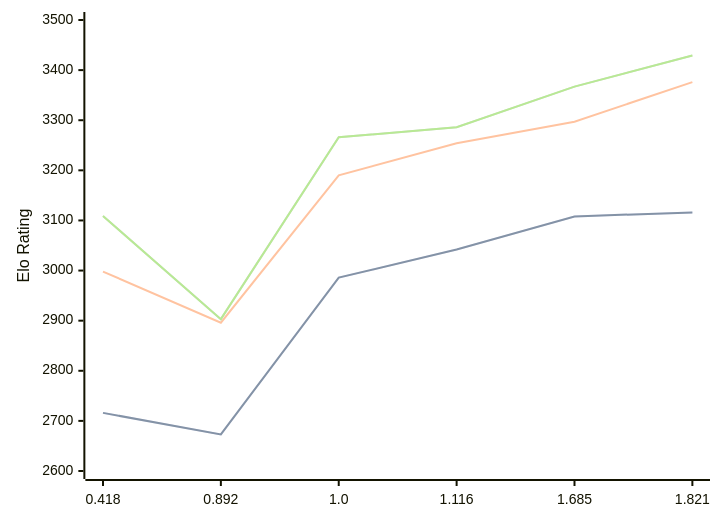
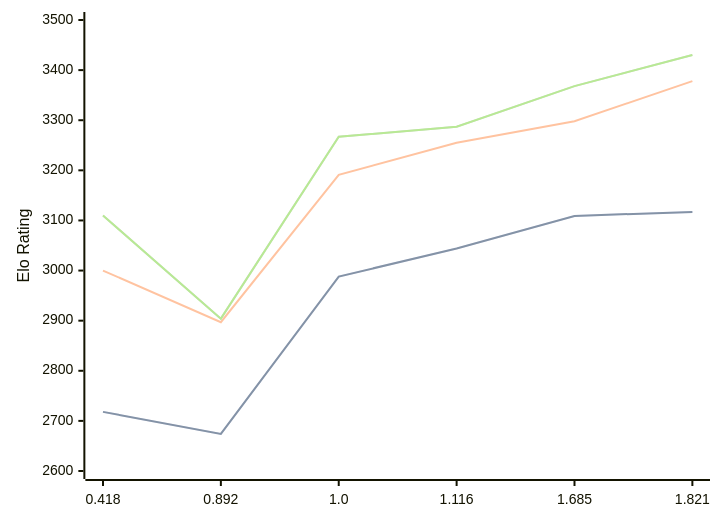
One commit to computer-chess-index/cci changed the diagram in engines/Malika.md. Above: the diagram before and after it, drawn with Mermaid. The commit also changed other lines of this file, not shown here.

Commit message:
Update CCI Ratings (ELO VLTC) - 2026-10-09

````diff
--- a/engines/Malika.md
+++ b/engines/Malika.md
@@ -36,11 +36,11 @@
 ```mermaid
 %%{init: {"theme":"base","themeVariables":{"seriesColors:['#a3a3a3','#222221','#faa371']}}}%%
 xychart-beta
   x-axis ["0.418", "0.892", "1.0", "1.116", "1.685", "1.821"]
   y-axis "Elo Rating" 2600 --> 3500
-  line "" [2716, 2673, 2986, 3042, 3108, 3116]
-  line "STC (8.0+0.08s)" [2716, 2673, 2986, 3042, 3108, 3116]
-  line "LTC (60.0+0.60s)" [2998, 2896, 3190, 3254, 3297, 3376]
-  line "" [3109, 2903, 3266, 3286, 3367, 3429]
-  line "VLTC (2m24s+1.12s)" [3109, 2903, 3266, 3286, 3367, 3429]
+  line "" [2718, 2674, 2988, 3044, 3109, 3117]
+  line "STC (8.0+0.08s)" [2718, 2674, 2988, 3044, 3109, 3117]
+  line "LTC (60.0+0.60s)" [3000, 2897, 3191, 3255, 3298, 3378]
+  line "" [3110, 2904, 3267, 3287, 3368, 3430]
+  line "VLTC (2m24s+1.12s)" [3110, 2904, 3267, 3287, 3368, 3430]
 ```
````
